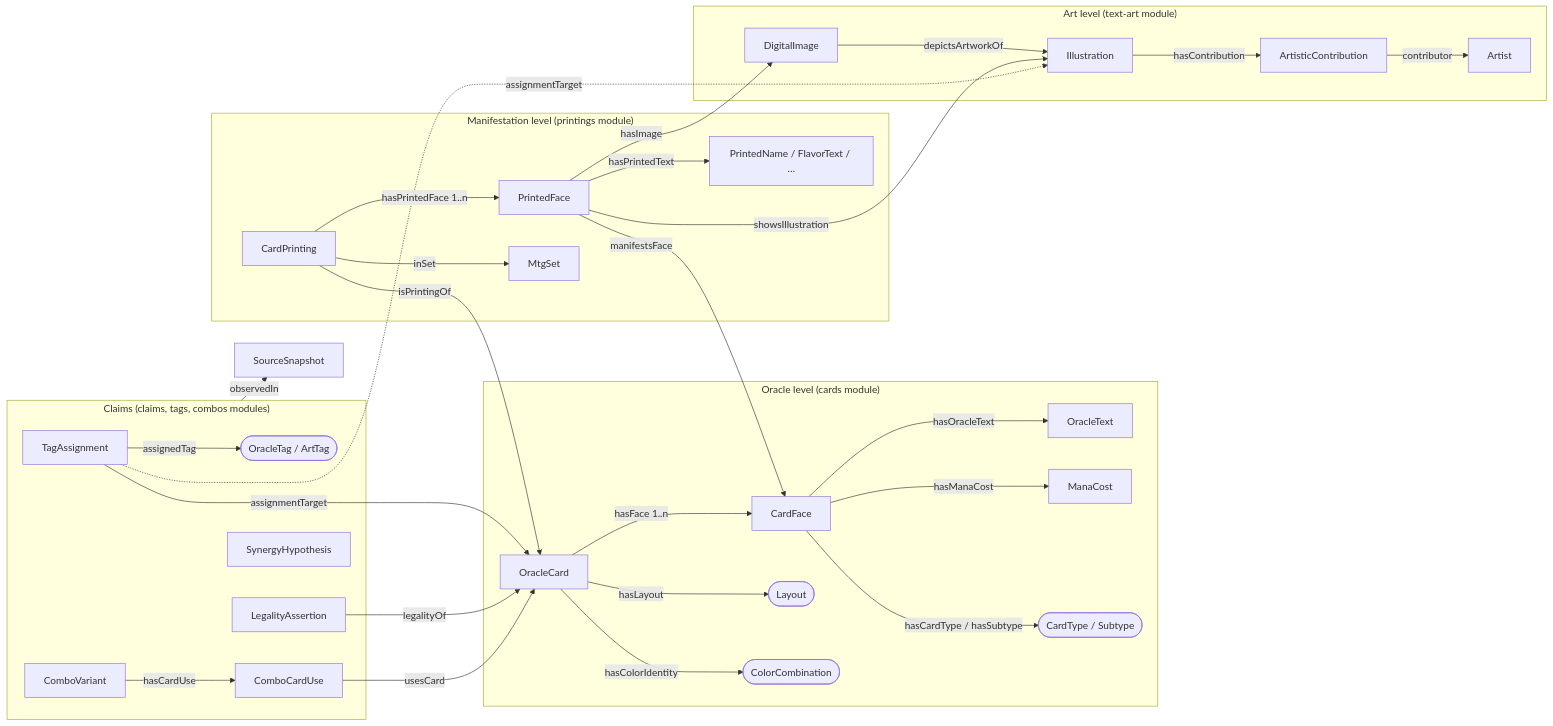
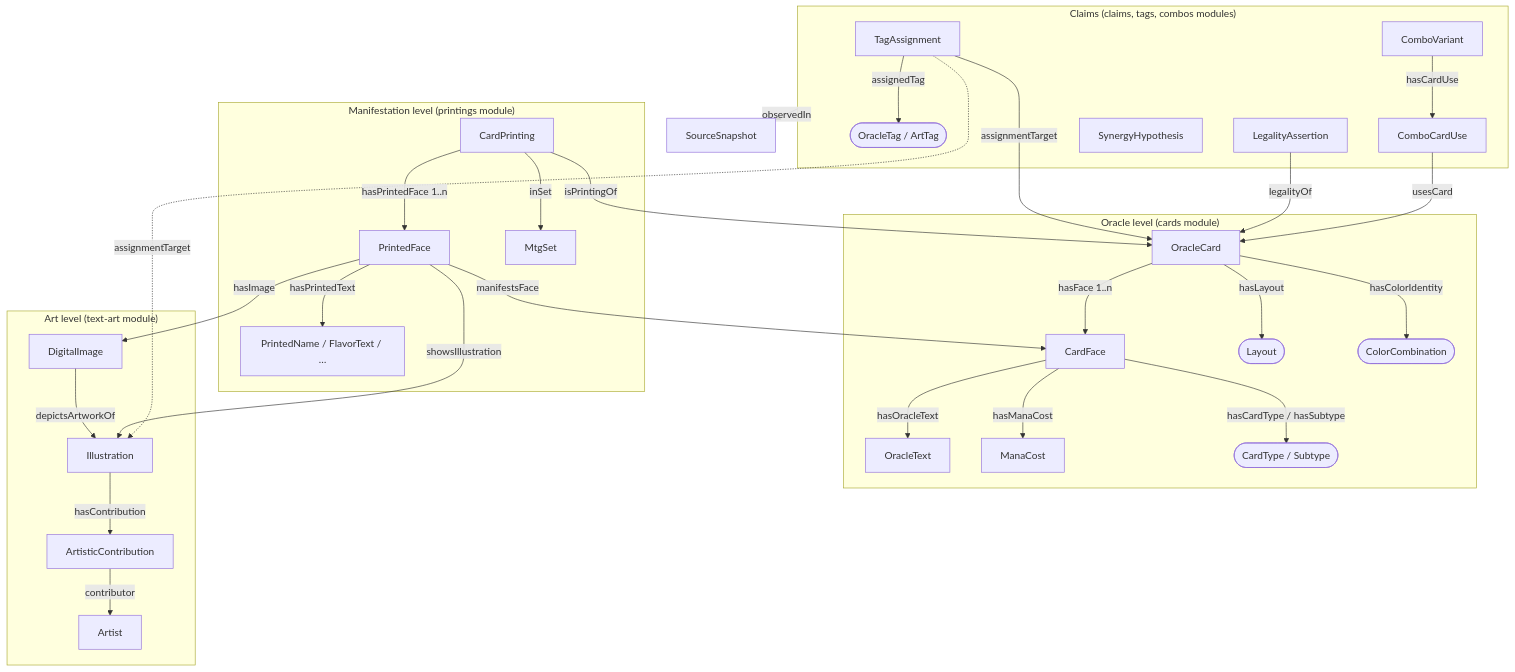
The first of 2 diagrams in docs/ontology/conceptual-model.md (RemoGrillo/semantic_mtg), drawn with Mermaid before and after one commit. The commit also changed other lines of this file and 4 other files, not shown here.

First line of the commit message:
Docs: full-width pages, diagrams fitted to the column width

````diff
--- a/docs/ontology/conceptual-model.md
+++ b/docs/ontology/conceptual-model.md
@@ -7,35 +7,35 @@
 ```mermaid
-flowchart LR
+flowchart TB
   subgraph Abstract["Oracle level (cards module)"]
     OC[OracleCard] -->|hasFace 1..n| CF[CardFace]
     CF -->|hasOracleText| OT[OracleText]
     CF -->|hasManaCost| MC[ManaCost]
     OC -->|hasLayout| LY([Layout])
     OC -->|hasColorIdentity| CC([ColorCombination])
     CF -->|hasCardType / hasSubtype| TY([CardType / Subtype])
   end
   subgraph Published["Manifestation level (printings module)"]
     CP[CardPrinting] -->|hasPrintedFace 1..n| PF[PrintedFace]
     CP -->|inSet| SET[MtgSet]
     PF -->|hasPrintedText| TX[PrintedName / FlavorText / …]
   end
   subgraph Visual["Art level (text-art module)"]
     IL[Illustration] -->|hasContribution| AC[ArtisticContribution] -->|contributor| AR[Artist]
     IMG[DigitalImage] -->|depictsArtworkOf| IL
   end
   CP -->|isPrintingOf| OC
   PF -->|manifestsFace| CF
   PF -->|showsIllustration| IL
   PF -->|hasImage| IMG
   subgraph Claims["Claims (claims, tags, combos modules)"]
     TA[TagAssignment] -->|assignedTag| TG([OracleTag / ArtTag])
     LA[LegalityAssertion]
     CV[ComboVariant] -->|hasCardUse| CU[ComboCardUse]
     SH[SynergyHypothesis]
   end
   TA -->|assignmentTarget| OC
   TA -.->|assignmentTarget| IL
   LA -->|legalityOf| OC
   CU -->|usesCard| OC
   Claims -->|observedIn| SNAP[SourceSnapshot]
 ```
````
